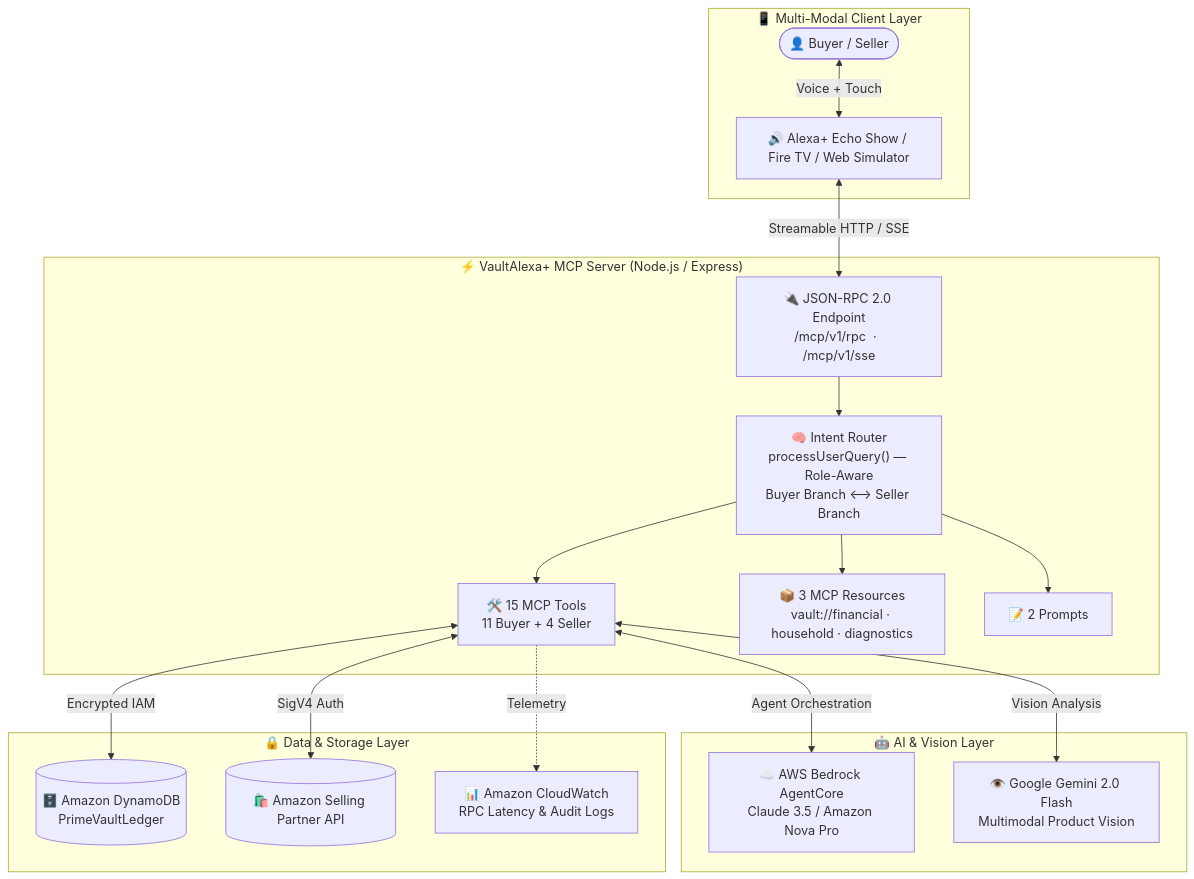
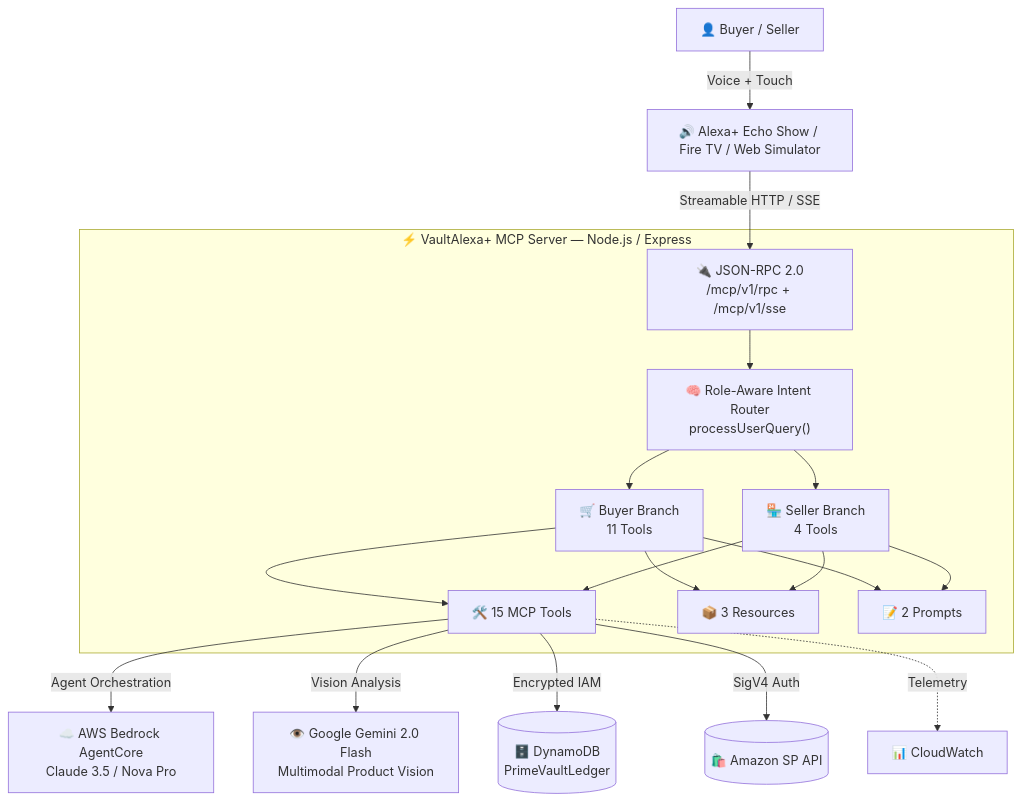
Before and after one commit to karyalangitdigital/vault-alexa-mcp: the diagram in README.md, drawn with Mermaid. The commit also changed 2 other files, not shown here.

Commit message:
fix(readme): replace broken Mermaid architecture with visual image + clean simplified flowchart - add docs/screenshots/architecture.jpg (professional AI-generated architecture visual) - simplify Mermaid: remove complex subgraph nesting that caused text truncation in GitHub - fix: Google Gemini label was cut off in previous version

````diff
--- a/README.md
+++ b/README.md
@@ -207,38 +209,20 @@
 ```mermaid
 flowchart TD
-    subgraph ClientLayer ["📱 Multi-Modal Client Layer"]
-        User(["👤 Buyer / Seller"])
-        AlexaDevice["🔊 Alexa+ Echo Show / Fire TV / Web Simulator"]
-        User <-->|Voice + Touch| AlexaDevice
+    A["👤 Buyer / Seller"] -->|Voice + Touch| B["🔊 Alexa+ Echo Show / Fire TV / Web Simulator"]
+    B -->|"Streamable HTTP / SSE"| C["🔌 JSON-RPC 2.0\n/mcp/v1/rpc + /mcp/v1/sse"]
+
+    subgraph MCP ["⚡ VaultAlexa+ MCP Server — Node.js / Express"]
+        C --> D["🧠 Role-Aware Intent Router\nprocessUserQuery()"]
+        D --> E["🛒 Buyer Branch\n11 Tools"]
+        D --> F["🏪 Seller Branch\n4 Tools"]
+        E & F --> G["🛠️ 15 MCP Tools"]
+        E & F --> H["📦 3 Resources"]
+        E & F --> I["📝 2 Prompts"]
     end
 
-    subgraph MCPServer ["⚡ VaultAlexa+ MCP Server (Node.js / Express)"]
-        JSONRPC["🔌 JSON-RPC 2.0 Endpoint\n/mcp/v1/rpc  ·  /mcp/v1/sse"]
-        Router["🧠 Intent Router\nprocessUserQuery() — Role-Aware\nBuyer Branch ⟷ Seller Branch"]
-        Tools["🛠️ 15 MCP Tools\n11 Buyer + 4 Seller"]
-        Resources["📦 3 MCP Resources\nvault://financial · household · diagnostics"]
-        Prompts["📝 2 Prompts"]
-    end
-
-    subgraph AILayer ["🤖 AI & Vision Layer"]
-        BedrockAgent["☁️ AWS Bedrock AgentCore\nClaude 3.5 / Amazon Nova Pro"]
-        GeminiVision["👁️ Google Gemini 2.0 Flash\nMultimodal Product Vision"]
-    end
-
-    subgraph DataLayer ["🔒 Data & Storage Layer"]
-        DynamoDB[("🗄️ Amazon DynamoDB\nPrimeVaultLedger")]
-        SellerAPI[("🛍️ Amazon Selling Partner API")]
-        CloudWatch["📊 Amazon CloudWatch\nRPC Latency & Audit Logs"]
-    end
-
-    AlexaDevice <-->|Streamable HTTP / SSE| JSONRPC
-    JSONRPC --> Router
-    Router --> Tools
-    Router --> Resources
-    Router --> Prompts
-    Tools <-->|Agent Orchestration| BedrockAgent
-    Tools <-->|Vision Analysis| GeminiVision
-    Tools <-->|Encrypted IAM| DynamoDB
-    Tools <-->|SigV4 Auth| SellerAPI
-    Tools -.->|Telemetry| CloudWatch
+    G -->|"Agent Orchestration"| J["☁️ AWS Bedrock AgentCore\nClaude 3.5 / Nova Pro"]
+    G -->|"Vision Analysis"| K["👁️ Google Gemini 2.0 Flash\nMultimodal Product Vision"]
+    G -->|"Encrypted IAM"| L[("🗄️ DynamoDB\nPrimeVaultLedger")]
+    G -->|"SigV4 Auth"| M[("🛍️ Amazon SP API")]
+    G -.->|"Telemetry"| N["📊 CloudWatch"]
 ```
````
